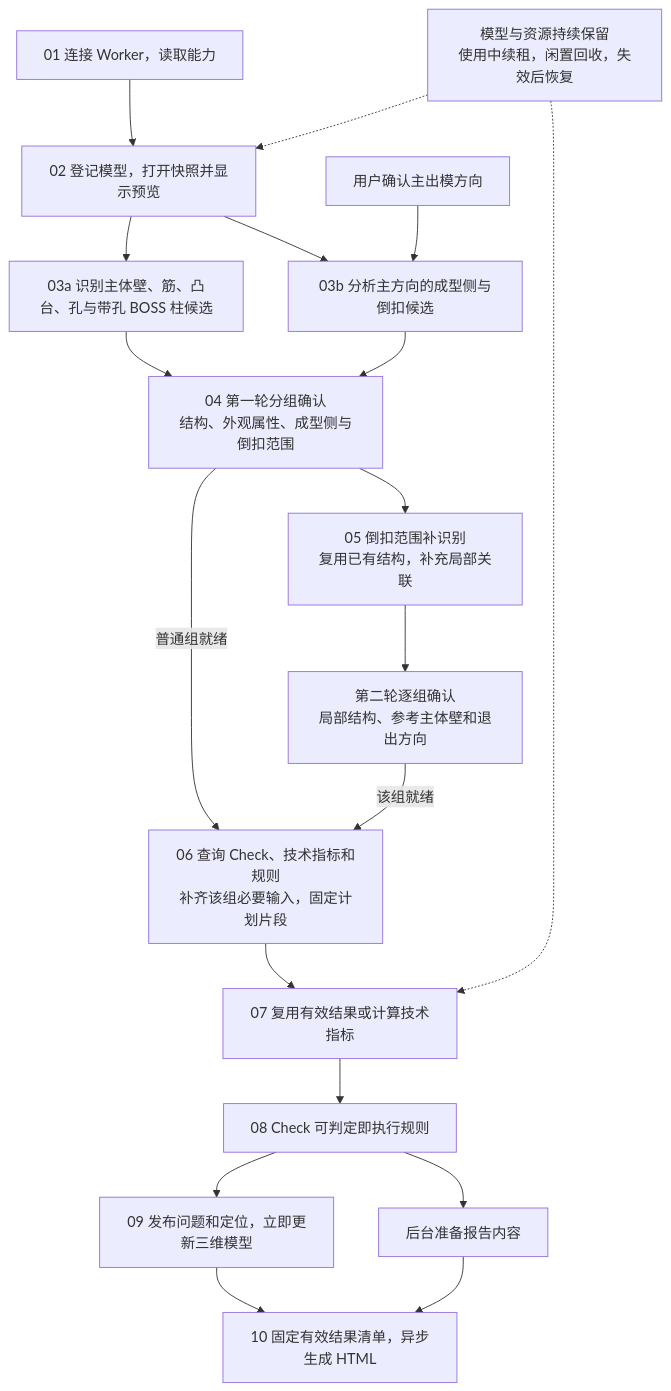
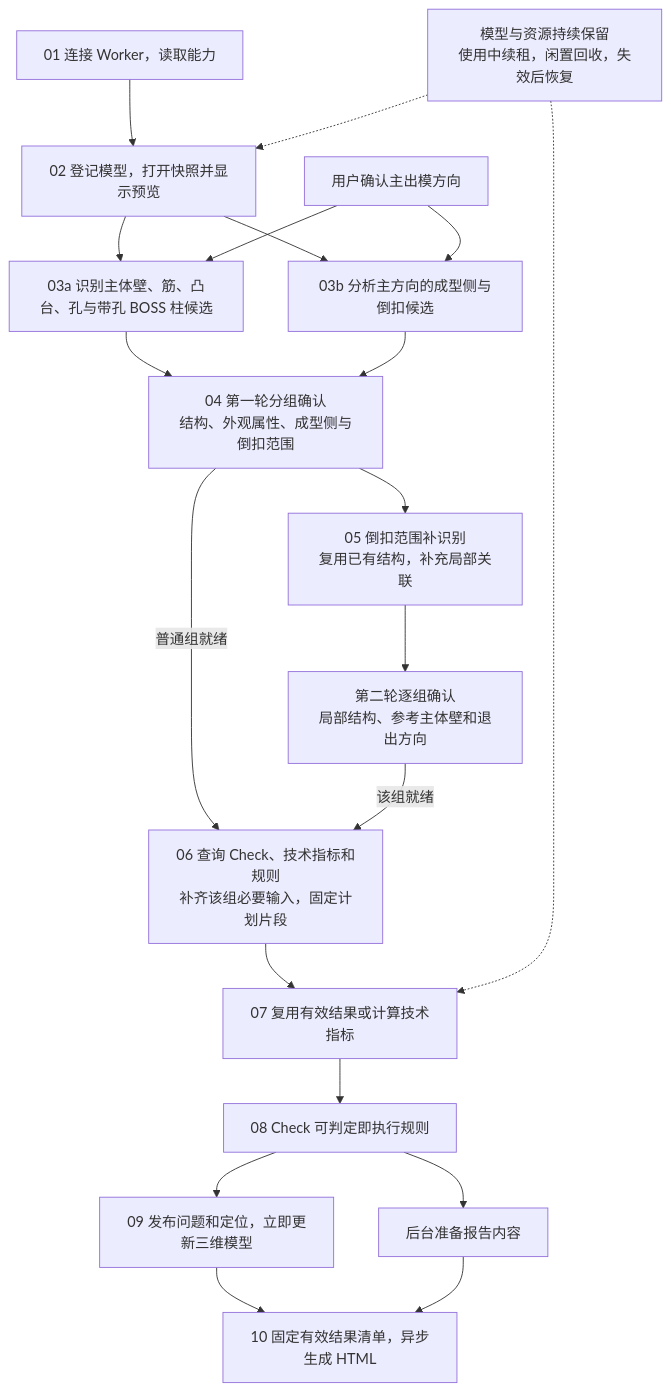
The diagram in docs/dfm/dfm-main-workflow-explained.md (mongo-hu/hermes-agent), drawn with Mermaid before and after one commit. The commit also changed other lines of this file and 78 other files, not shown here.

````diff
--- a/docs/dfm/dfm-main-workflow-explained.md
+++ b/docs/dfm/dfm-main-workflow-explained.md
@@ -7,21 +7,22 @@
 ```mermaid
 flowchart TB
     A["01 连接 Worker，读取能力"] --> B["02 登记模型，打开快照并显示预览"]
     B --> C["03a 识别主体壁、筋、凸台、孔与带孔 BOSS 柱候选"]
     B --> D["03b 分析主方向的成型侧与倒扣候选"]
     U["用户确认主出模方向"] --> D
+    U --> C
     C --> E["04 第一轮分组确认<br/>结构、外观属性、成型侧与倒扣范围"]
     D --> E
     E -->|普通组就绪| H["06 查询 Check、技术指标和规则<br/>补齐该组必要输入，固定计划片段"]
     E --> F["05 倒扣范围补识别<br/>复用已有结构，补充局部关联"]
     F --> G["第二轮逐组确认<br/>局部结构、参考主体壁和退出方向"]
     G -->|该组就绪| H
     H --> I["07 复用有效结果或计算技术指标"]
     I --> J["08 Check 可判定即执行规则"]
     J --> K["09 发布问题和定位，立即更新三维模型"]
     J --> L["后台准备报告内容"]
     K --> M["10 固定有效结果清单，异步生成 HTML"]
     L --> M
     S["模型与资源持续保留<br/>使用中续租，闲置回收，失效后恢复"] -.-> B
     S -.-> I
 ```
````
